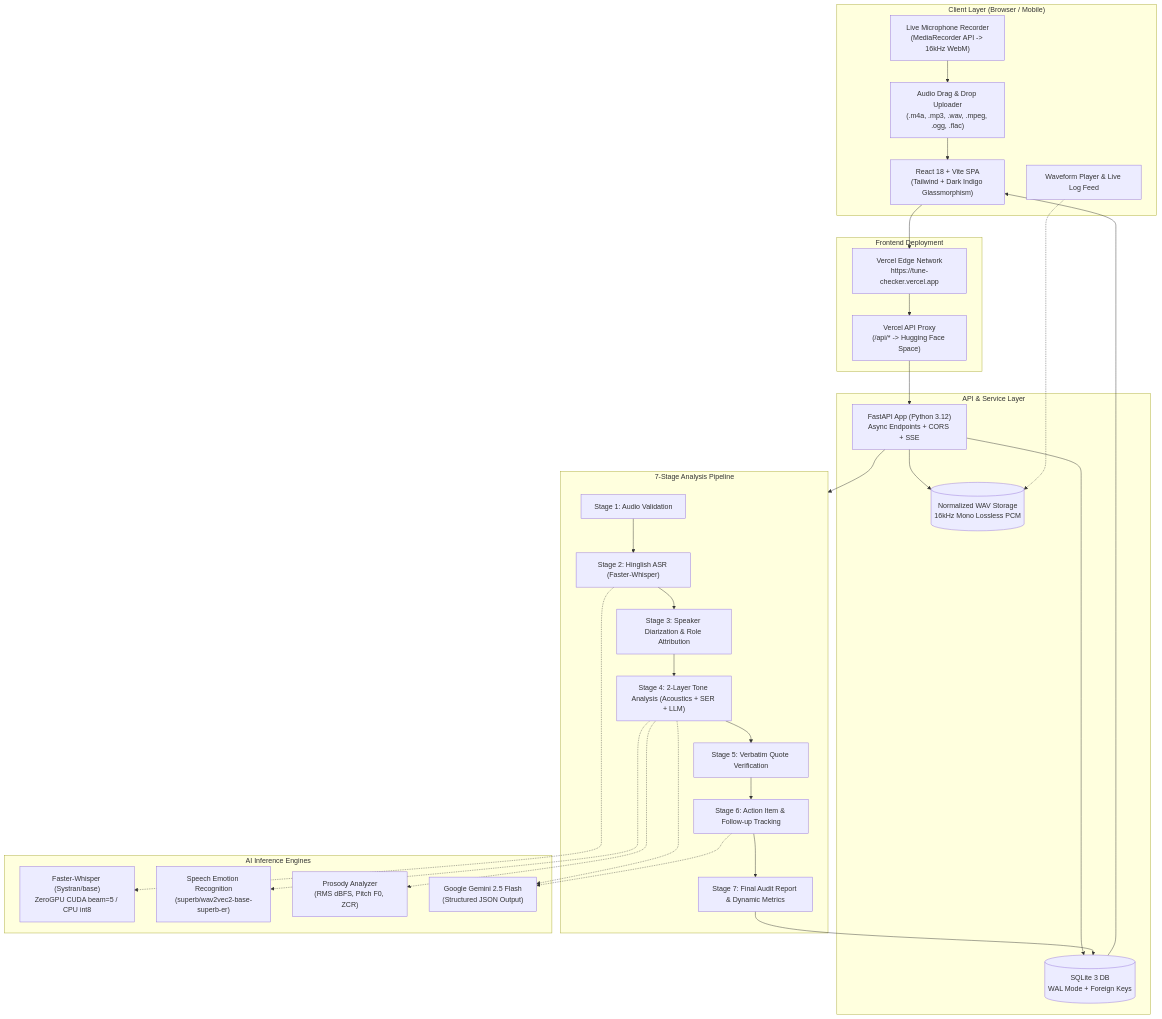
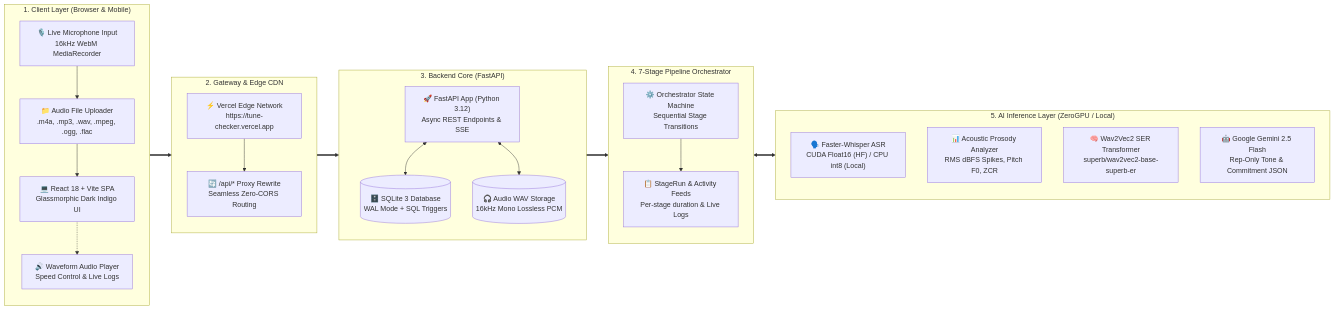
Before and after one commit to avijit-28/TuneChecker: the first of 5 diagrams in SYSTEM_ARCHITECTURE.md, drawn with Mermaid. The commit also changed other lines of this file, not shown here.

Commit message:
docs(arch): restructure High-Level Architecture and 7-Stage Pipeline diagrams into horizontal flowcharts

````diff
--- a/SYSTEM_ARCHITECTURE.md
+++ b/SYSTEM_ARCHITECTURE.md
@@ -35,55 +37,48 @@
 ```mermaid
-graph TB
-    subgraph Client ["Client Layer (Browser / Mobile)"]
-        UI["React 18 + Vite SPA<br/>(Tailwind + Dark Indigo Glassmorphism)"]
-        Mic["Live Microphone Recorder<br/>(MediaRecorder API -> 16kHz WebM)"]
-        FileUploader["Audio Drag & Drop Uploader<br/>(.m4a, .mp3, .wav, .mpeg, .ogg, .flac)"]
-        AudioPlayer["Waveform Player & Live Log Feed"]
+flowchart LR
+    subgraph Client ["1. Client Layer (Browser & Mobile)"]
+        direction TB
+        UI["💻 React 18 + Vite SPA<br/>Glassmorphic Dark Indigo UI"]
+        Mic["🎙️ Live Microphone Input<br/>16kHz WebM MediaRecorder"]
+        Upload["📁 Audio File Uploader<br/>.m4a, .mp3, .wav, .mpeg, .ogg, .flac"]
+        Player["🔊 Waveform Audio Player<br/>Speed Control & Live Logs"]
+        Mic --> Upload --> UI
+        UI -.-> Player
     end
 
-    subgraph Hosting ["Frontend Deployment"]
-        Vercel["Vercel Edge Network<br/>https://tune-checker.vercel.app"]
-        VercelProxy["Vercel API Proxy<br/>(/api/* -> Hugging Face Space)"]
+    subgraph Gateway ["2. Gateway & Edge CDN"]
+        direction TB
+        Vercel["⚡ Vercel Edge Network<br/>https://tune-checker.vercel.app"]
+        Proxy["🔄 /api/* Proxy Rewrite<br/>Seamless Zero-CORS Routing"]
+        Vercel --> Proxy
     end
 
-    subgraph BackendGateway ["API & Service Layer"]
-        FastAPI["FastAPI App (Python 3.12)<br/>Async Endpoints + CORS + SSE"]
-        SQLite[("SQLite 3 DB<br/>WAL Mode + Foreign Keys")]
-        AudioStorage[("Normalized WAV Storage<br/>16kHz Mono Lossless PCM")]
+    subgraph BackendGateway ["3. Backend Core (FastAPI)"]
+        direction TB
+        FastAPI["🚀 FastAPI App (Python 3.12)<br/>Async REST Endpoints & SSE"]
+        DB[("🗄️ SQLite 3 Database<br/>WAL Mode + SQL Triggers")]
+        Storage[("🎧 Audio WAV Storage<br/>16kHz Mono Lossless PCM")]
+        FastAPI <--> DB
+        FastAPI <--> Storage
     end
 
-    subgraph ProcessingPipeline ["7-Stage Analysis Pipeline"]
-        S1["Stage 1: Audio Validation"]
-        S2["Stage 2: Hinglish ASR (Faster-Whisper)"]
-        S3["Stage 3: Speaker Diarization & Role Attribution"]
-        S4["Stage 4: 2-Layer Tone Analysis (Acoustics + SER + LLM)"]
-        S5["Stage 5: Verbatim Quote Verification"]
-        S6["Stage 6: Action Item & Follow-up Tracking"]
-        S7["Stage 7: Final Audit Report & Dynamic Metrics"]
+    subgraph PipelineRunner ["4. 7-Stage Pipeline Orchestrator"]
+        direction TB
+        Orch["⚙️ Orchestrator State Machine<br/>Sequential Stage Transitions"]
+        StateLog["📋 StageRun & Activity Feeds<br/>Per-stage duration & Live Logs"]
+        Orch --> StateLog
     end
 
-    subgraph AIModels ["AI Inference Engines"]
-        FW["Faster-Whisper (Systran/base)<br/>ZeroGPU CUDA beam=5 / CPU int8"]
-        SER["Speech Emotion Recognition<br/>(superb/wav2vec2-base-superb-er)"]
-        Acoustics["Prosody Analyzer<br/>(RMS dBFS, Pitch F0, ZCR)"]
-        Gemini["Google Gemini 2.5 Flash<br/>(Structured JSON Output)"]
+    subgraph AIModels ["5. AI Inference Layer (ZeroGPU / Local)"]
+        direction TB
+        FW["🗣️ Faster-Whisper ASR<br/>CUDA Float16 (HF) / CPU int8 (Local)"]
+        Acoustics["📊 Acoustic Prosody Analyzer<br/>RMS dBFS Spikes, Pitch F0, ZCR"]
+        SER["🧠 Wav2Vec2 SER Transformer<br/>superb/wav2vec2-base-superb-er"]
+        Gemini["🤖 Google Gemini 2.5 Flash<br/>Rep-Only Tone & Commitment JSON"]
     end
 
-    Mic --> FileUploader
-    FileUploader --> UI
-    UI --> Vercel
-    Vercel --> VercelProxy
-    VercelProxy --> FastAPI
-    FastAPI --> SQLite
-    FastAPI --> AudioStorage
-    FastAPI --> ProcessingPipeline
-    S1 --> S2 --> S3 --> S4 --> S5 --> S6 --> S7
-    S2 -.-> FW
-    S4 -.-> Acoustics
-    S4 -.-> SER
-    S4 -.-> Gemini
-    S6 -.-> Gemini
-    S7 --> SQLite
-    SQLite --> UI
-    AudioPlayer -.-> AudioStorage
+    Client ==> Gateway
+    Gateway ==> BackendGateway
+    BackendGateway ==> PipelineRunner
+    PipelineRunner <==> AIModels
 ```
````
